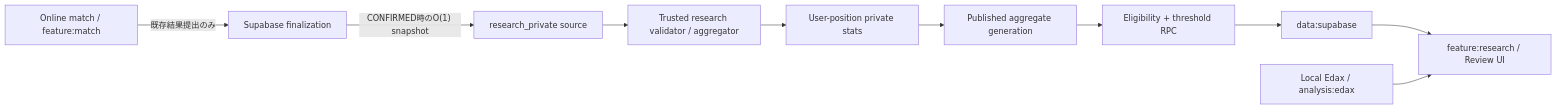
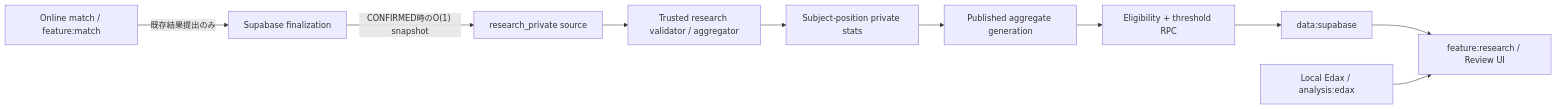
Before and after one commit to shinp-dev/othello: the first of 2 diagrams in docs/RESEARCH_DATA_DESIGN.md, drawn with Mermaid. The commit also changed other lines of this file, not shown here.

````diff
--- a/docs/RESEARCH_DATA_DESIGN.md
+++ b/docs/RESEARCH_DATA_DESIGN.md
@@ -135,12 +136,12 @@
 ```mermaid
 flowchart LR
     M["Online match / feature:match"] -->|"既存結果提出のみ"| F["Supabase finalization"]
     F -->|"CONFIRMED時のO(1) snapshot"| S["research_private source"]
     S --> V["Trusted research validator / aggregator"]
-    V --> U["User-position private stats"]
+    V --> U["Subject-position private stats"]
     U --> A["Published aggregate generation"]
     A --> R["Eligibility + threshold RPC"]
     R --> D["data:supabase"]
     D --> Q["feature:research / Review UI"]
     E["Local Edax / analysis:edax"] --> Q
 ```
````
